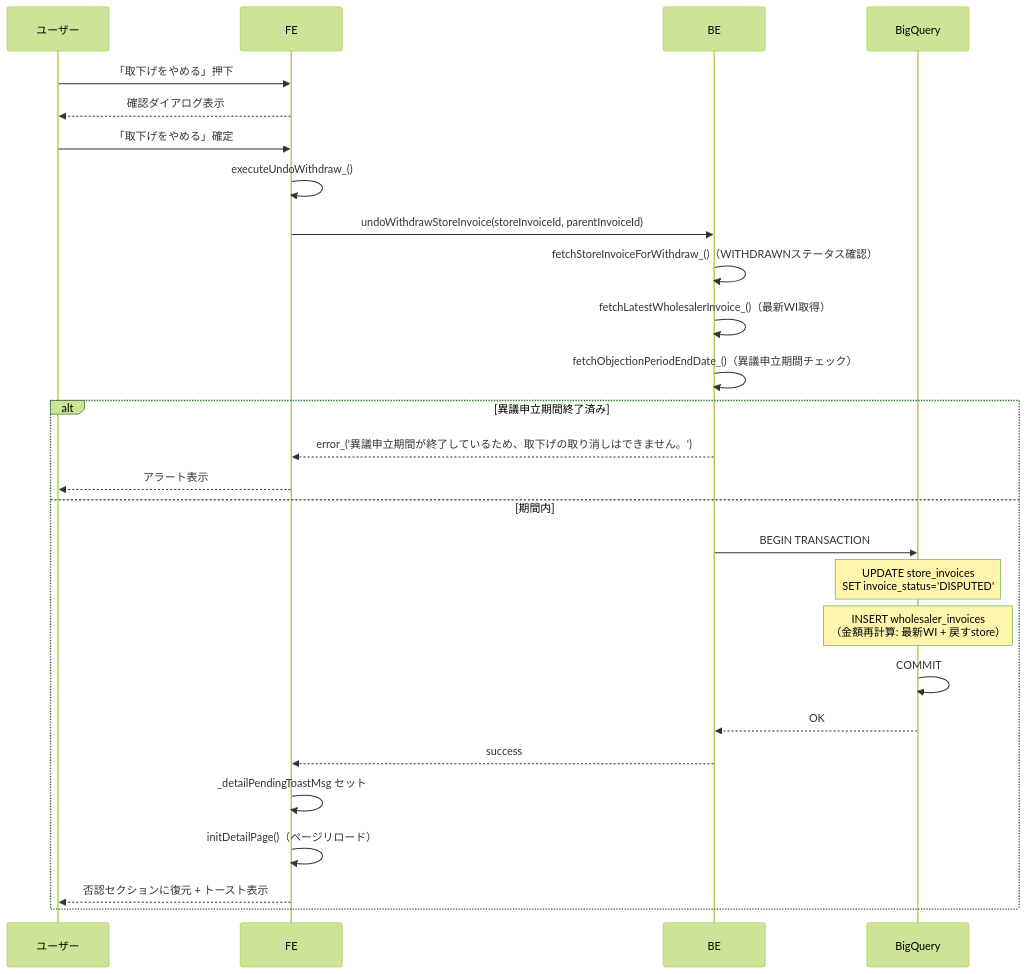
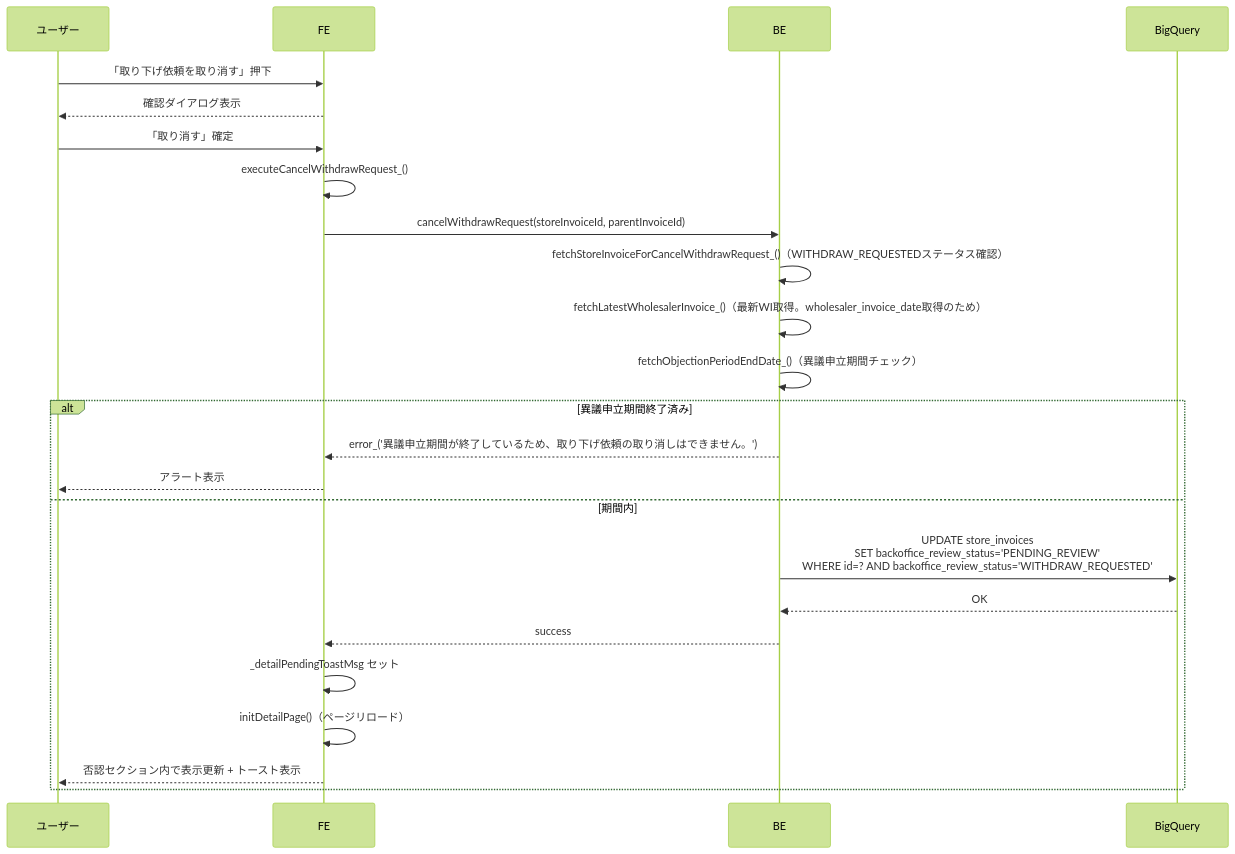
One commit to USEN-PAY-Products/connect-wholesale-gas-poc changed diagram 14 of 17 in docs/specifications/04_detail_page.md. Above: the diagram before and after it, drawn with Mermaid (forest theme). The commit also changed other lines of this file and 11 other files, not shown here.

````diff
--- a/docs/specifications/04_detail_page.md
+++ b/docs/specifications/04_detail_page.md
@@ -379,31 +388,28 @@
 ```mermaid
 sequenceDiagram
     participant U as ユーザー
     participant FE as FE
     participant BE as BE
     participant BQ as BigQuery
 
-    U->>FE: 「取下げをやめる」押下
+    U->>FE: 「取り下げ依頼を取り消す」押下
     FE-->>U: 確認ダイアログ表示
 
-    U->>FE: 「取下げをやめる」確定
-    FE->>FE: executeUndoWithdraw_()
-    FE->>BE: undoWithdrawStoreInvoice(storeInvoiceId, parentInvoiceId)
-    BE->>BE: fetchStoreInvoiceForWithdraw_()（WITHDRAWNステータス確認）
-    BE->>BE: fetchLatestWholesalerInvoice_()（最新WI取得）
+    U->>FE: 「取り消す」確定
+    FE->>FE: executeCancelWithdrawRequest_()
+    FE->>BE: cancelWithdrawRequest(storeInvoiceId, parentInvoiceId)
+    BE->>BE: fetchStoreInvoiceForCancelWithdrawRequest_()（WITHDRAW_REQUESTEDステータス確認）
+    BE->>BE: fetchLatestWholesalerInvoice_()（最新WI取得。wholesaler_invoice_date取得のため）
     BE->>BE: fetchObjectionPeriodEndDate_()（異議申立期間チェック）
     alt 異議申立期間終了済み
-        BE-->>FE: error_('異議申立期間が終了しているため、取下げの取り消しはできません。')
+        BE-->>FE: error_('異議申立期間が終了しているため、取り下げ依頼の取り消しはできません。')
         FE-->>U: アラート表示
     else 期間内
-        BE->>BQ: BEGIN TRANSACTION
-        Note over BQ: UPDATE store_invoices<br/>SET invoice_status='DISPUTED'
-        Note over BQ: INSERT wholesaler_invoices<br/>（金額再計算: 最新WI + 戻すstore）
-        BQ->>BQ: COMMIT
+        BE->>BQ: UPDATE store_invoices<br/>SET backoffice_review_status='PENDING_REVIEW'<br/>WHERE id=? AND backoffice_review_status='WITHDRAW_REQUESTED'
         BQ-->>BE: OK
         BE-->>FE: success
         FE->>FE: _detailPendingToastMsg セット
         FE->>FE: initDetailPage()（ページリロード）
-        FE-->>U: 否認セクションに復元 + トースト表示
+        FE-->>U: 否認セクション内で表示更新 + トースト表示
     end
 ```
````
